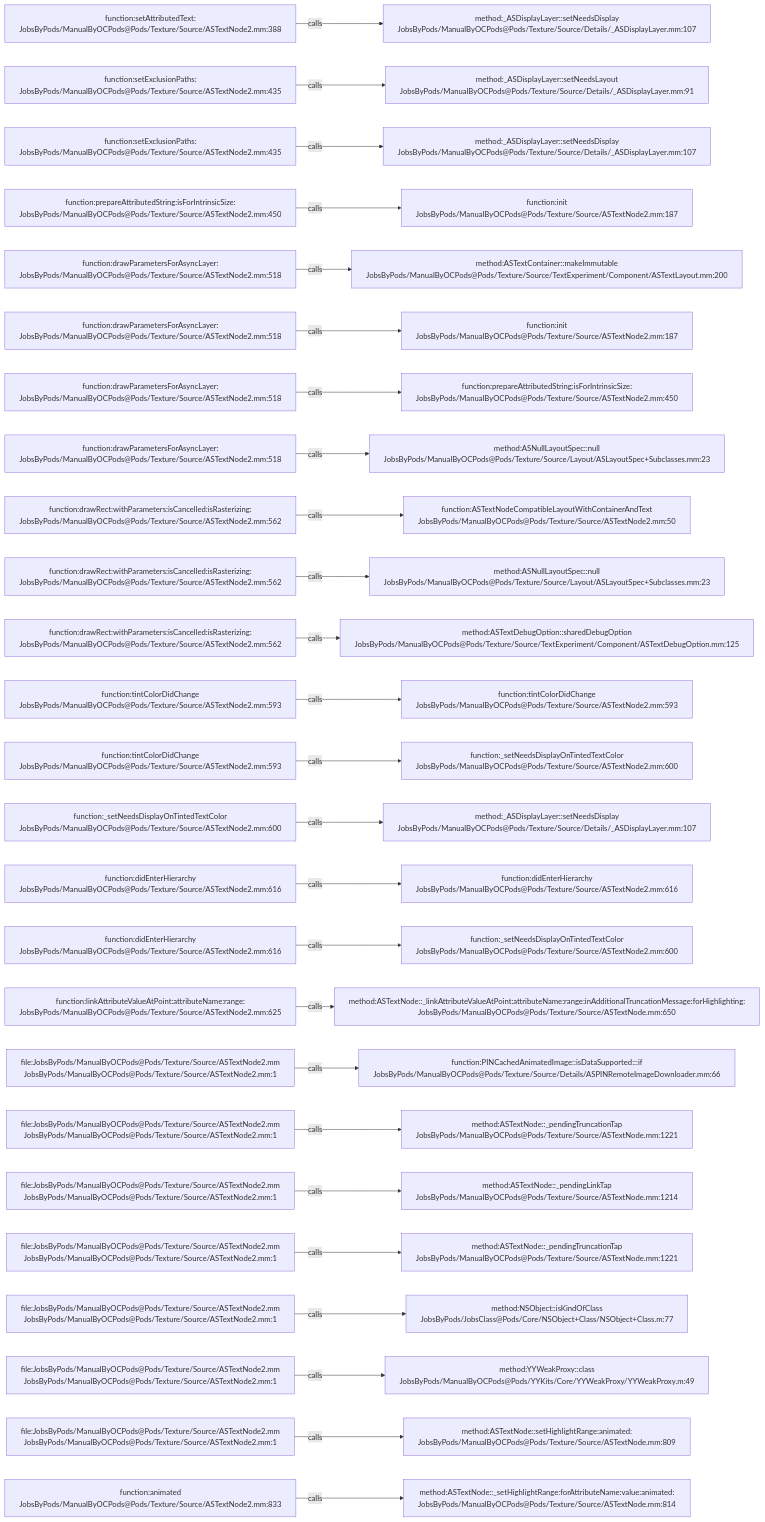
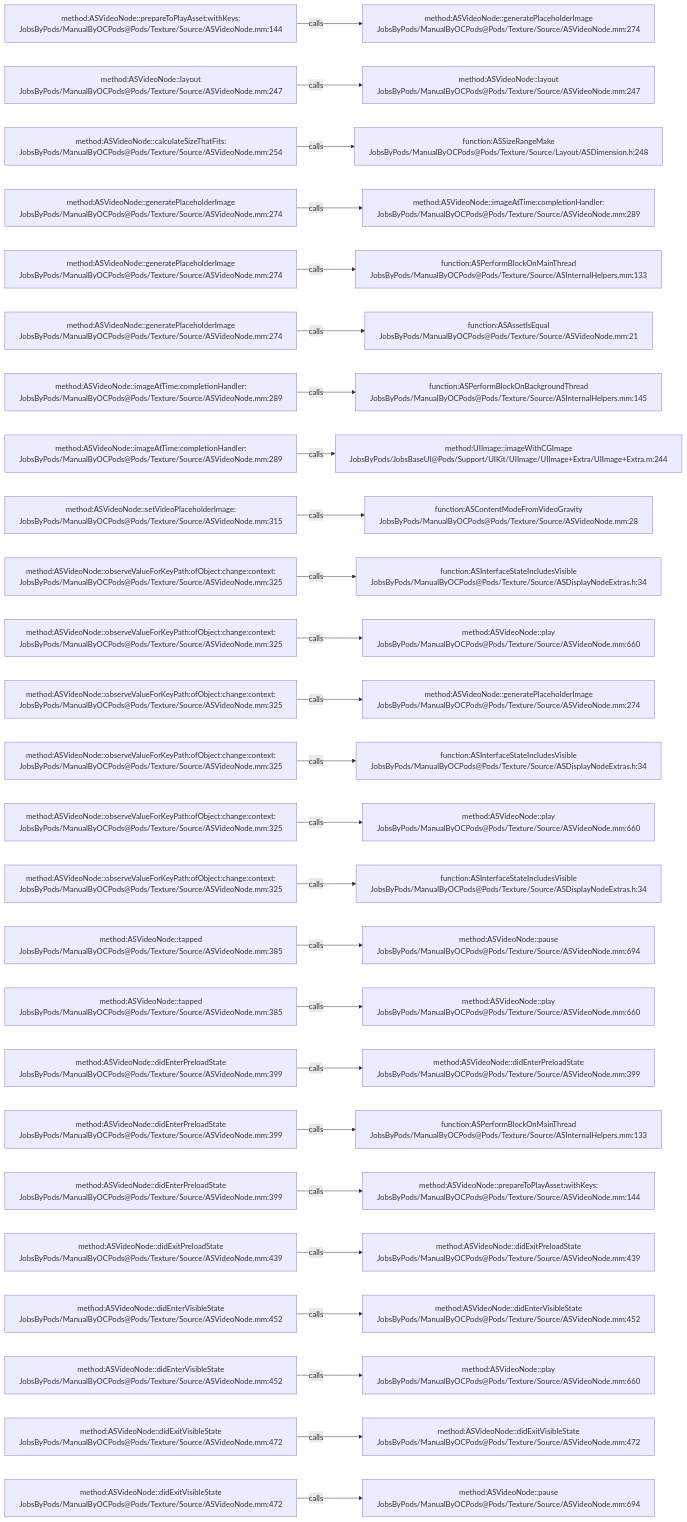
Before and after one commit to JobsKits/JobsOCBaseConfigDemo: the diagram in .codegraph/codegraph.md/graphs/calls-141.md, drawn with Mermaid. The commit also changed 1353 other files, not shown here.

````diff
--- a/.codegraph/codegraph.md/graphs/calls-141.md
+++ b/.codegraph/codegraph.md/graphs/calls-141.md
@@ -13,78 +13,78 @@
 ```mermaid
 flowchart LR
-  S1["function:setAttributedText:<br/>JobsByPods/ManualByOCPods@Pods/Texture/Source/ASTextNode2.mm:388"]
-  T1["method:_ASDisplayLayer::setNeedsDisplay<br/>JobsByPods/ManualByOCPods@Pods/Texture/Source/Details/_ASDisplayLayer.mm:107"]
+  S1["method:ASVideoNode::prepareToPlayAsset:withKeys:<br/>JobsByPods/ManualByOCPods@Pods/Texture/Source/ASVideoNode.mm:144"]
+  T1["method:ASVideoNode::generatePlaceholderImage<br/>JobsByPods/ManualByOCPods@Pods/Texture/Source/ASVideoNode.mm:274"]
   S1 -->|calls| T1
-  S2["function:setExclusionPaths:<br/>JobsByPods/ManualByOCPods@Pods/Texture/Source/ASTextNode2.mm:435"]
-  T2["method:_ASDisplayLayer::setNeedsLayout<br/>JobsByPods/ManualByOCPods@Pods/Texture/Source/Details/_ASDisplayLayer.mm:91"]
+  S2["method:ASVideoNode::layout<br/>JobsByPods/ManualByOCPods@Pods/Texture/Source/ASVideoNode.mm:247"]
+  T2["method:ASVideoNode::layout<br/>JobsByPods/ManualByOCPods@Pods/Texture/Source/ASVideoNode.mm:247"]
   S2 -->|calls| T2
-  S3["function:setExclusionPaths:<br/>JobsByPods/ManualByOCPods@Pods/Texture/Source/ASTextNode2.mm:435"]
-  T3["method:_ASDisplayLayer::setNeedsDisplay<br/>JobsByPods/ManualByOCPods@Pods/Texture/Source/Details/_ASDisplayLayer.mm:107"]
+  S3["method:ASVideoNode::calculateSizeThatFits:<br/>JobsByPods/ManualByOCPods@Pods/Texture/Source/ASVideoNode.mm:254"]
+  T3["function:ASSizeRangeMake<br/>JobsByPods/ManualByOCPods@Pods/Texture/Source/Layout/ASDimension.h:248"]
   S3 -->|calls| T3
-  S4["function:prepareAttributedString:isForIntrinsicSize:<br/>JobsByPods/ManualByOCPods@Pods/Texture/Source/ASTextNode2.mm:450"]
-  T4["function:init<br/>JobsByPods/ManualByOCPods@Pods/Texture/Source/ASTextNode2.mm:187"]
+  S4["method:ASVideoNode::generatePlaceholderImage<br/>JobsByPods/ManualByOCPods@Pods/Texture/Source/ASVideoNode.mm:274"]
+  T4["method:ASVideoNode::imageAtTime:completionHandler:<br/>JobsByPods/ManualByOCPods@Pods/Texture/Source/ASVideoNode.mm:289"]
   S4 -->|calls| T4
-  S5["function:drawParametersForAsyncLayer:<br/>JobsByPods/ManualByOCPods@Pods/Texture/Source/ASTextNode2.mm:518"]
-  T5["method:ASTextContainer::makeImmutable<br/>JobsByPods/ManualByOCPods@Pods/Texture/Source/TextExperiment/Component/ASTextLayout.mm:200"]
+  S5["method:ASVideoNode::generatePlaceholderImage<br/>JobsByPods/ManualByOCPods@Pods/Texture/Source/ASVideoNode.mm:274"]
+  T5["function:ASPerformBlockOnMainThread<br/>JobsByPods/ManualByOCPods@Pods/Texture/Source/ASInternalHelpers.mm:133"]
   S5 -->|calls| T5
-  S6["function:drawParametersForAsyncLayer:<br/>JobsByPods/ManualByOCPods@Pods/Texture/Source/ASTextNode2.mm:518"]
-  T6["function:init<br/>JobsByPods/ManualByOCPods@Pods/Texture/Source/ASTextNode2.mm:187"]
+  S6["method:ASVideoNode::generatePlaceholderImage<br/>JobsByPods/ManualByOCPods@Pods/Texture/Source/ASVideoNode.mm:274"]
+  T6["function:ASAssetIsEqual<br/>JobsByPods/ManualByOCPods@Pods/Texture/Source/ASVideoNode.mm:21"]
   S6 -->|calls| T6
-  S7["function:drawParametersForAsyncLayer:<br/>JobsByPods/ManualByOCPods@Pods/Texture/Source/ASTextNode2.mm:518"]
-  T7["function:prepareAttributedString:isForIntrinsicSize:<br/>JobsByPods/ManualByOCPods@Pods/Texture/Source/ASTextNode2.mm:450"]
+  S7["method:ASVideoNode::imageAtTime:completionHandler:<br/>JobsByPods/ManualByOCPods@Pods/Texture/Source/ASVideoNode.mm:289"]
+  T7["function:ASPerformBlockOnBackgroundThread<br/>JobsByPods/ManualByOCPods@Pods/Texture/Source/ASInternalHelpers.mm:145"]
   S7 -->|calls| T7
-  S8["function:drawParametersForAsyncLayer:<br/>JobsByPods/ManualByOCPods@Pods/Texture/Source/ASTextNode2.mm:518"]
-  T8["method:ASNullLayoutSpec::null<br/>JobsByPods/ManualByOCPods@Pods/Texture/Source/Layout/ASLayoutSpec+Subclasses.mm:23"]
+  S8["method:ASVideoNode::imageAtTime:completionHandler:<br/>JobsByPods/ManualByOCPods@Pods/Texture/Source/ASVideoNode.mm:289"]
+  T8["method:UIImage::imageWithCGImage<br/>JobsByPods/JobsBaseUI@Pods/Support/UIKit/UIImage/UIImage+Extra/UIImage+Extra.m:244"]
   S8 -->|calls| T8
-  S9["function:drawRect:withParameters:isCancelled:isRasterizing:<br/>JobsByPods/ManualByOCPods@Pods/Texture/Source/ASTextNode2.mm:562"]
-  T9["function:ASTextNodeCompatibleLayoutWithContainerAndText<br/>JobsByPods/ManualByOCPods@Pods/Texture/Source/ASTextNode2.mm:50"]
+  S9["method:ASVideoNode::setVideoPlaceholderImage:<br/>JobsByPods/ManualByOCPods@Pods/Texture/Source/ASVideoNode.mm:315"]
+  T9["function:ASContentModeFromVideoGravity<br/>JobsByPods/ManualByOCPods@Pods/Texture/Source/ASVideoNode.mm:28"]
   S9 -->|calls| T9
-  S10["function:drawRect:withParameters:isCancelled:isRasterizing:<br/>JobsByPods/ManualByOCPods@Pods/Texture/Source/ASTextNode2.mm:562"]
-  T10["method:ASNullLayoutSpec::null<br/>JobsByPods/ManualByOCPods@Pods/Texture/Source/Layout/ASLayoutSpec+Subclasses.mm:23"]
+  S10["method:ASVideoNode::observeValueForKeyPath:ofObject:change:context:<br/>JobsByPods/ManualByOCPods@Pods/Texture/Source/ASVideoNode.mm:325"]
+  T10["function:ASInterfaceStateIncludesVisible<br/>JobsByPods/ManualByOCPods@Pods/Texture/Source/ASDisplayNodeExtras.h:34"]
   S10 -->|calls| T10
-  S11["function:drawRect:withParameters:isCancelled:isRasterizing:<br/>JobsByPods/ManualByOCPods@Pods/Texture/Source/ASTextNode2.mm:562"]
-  T11["method:ASTextDebugOption::sharedDebugOption<br/>JobsByPods/ManualByOCPods@Pods/Texture/Source/TextExperiment/Component/ASTextDebugOption.mm:125"]
+  S11["method:ASVideoNode::observeValueForKeyPath:ofObject:change:context:<br/>JobsByPods/ManualByOCPods@Pods/Texture/Source/ASVideoNode.mm:325"]
+  T11["method:ASVideoNode::play<br/>JobsByPods/ManualByOCPods@Pods/Texture/Source/ASVideoNode.mm:660"]
   S11 -->|calls| T11
-  S12["function:tintColorDidChange<br/>JobsByPods/ManualByOCPods@Pods/Texture/Source/ASTextNode2.mm:593"]
-  T12["function:tintColorDidChange<br/>JobsByPods/ManualByOCPods@Pods/Texture/Source/ASTextNode2.mm:593"]
+  S12["method:ASVideoNode::observeValueForKeyPath:ofObject:change:context:<br/>JobsByPods/ManualByOCPods@Pods/Texture/Source/ASVideoNode.mm:325"]
+  T12["method:ASVideoNode::generatePlaceholderImage<br/>JobsByPods/ManualByOCPods@Pods/Texture/Source/ASVideoNode.mm:274"]
   S12 -->|calls| T12
-  S13["function:tintColorDidChange<br/>JobsByPods/ManualByOCPods@Pods/Texture/Source/ASTextNode2.mm:593"]
-  T13["function:_setNeedsDisplayOnTintedTextColor<br/>JobsByPods/ManualByOCPods@Pods/Texture/Source/ASTextNode2.mm:600"]
+  S13["method:ASVideoNode::observeValueForKeyPath:ofObject:change:context:<br/>JobsByPods/ManualByOCPods@Pods/Texture/Source/ASVideoNode.mm:325"]
+  T13["function:ASInterfaceStateIncludesVisible<br/>JobsByPods/ManualByOCPods@Pods/Texture/Source/ASDisplayNodeExtras.h:34"]
   S13 -->|calls| T13
-  S14["function:_setNeedsDisplayOnTintedTextColor<br/>JobsByPods/ManualByOCPods@Pods/Texture/Source/ASTextNode2.mm:600"]
-  T14["method:_ASDisplayLayer::setNeedsDisplay<br/>JobsByPods/ManualByOCPods@Pods/Texture/Source/Details/_ASDisplayLayer.mm:107"]
+  S14["method:ASVideoNode::observeValueForKeyPath:ofObject:change:context:<br/>JobsByPods/ManualByOCPods@Pods/Texture/Source/ASVideoNode.mm:325"]
+  T14["method:ASVideoNode::play<br/>JobsByPods/ManualByOCPods@Pods/Texture/Source/ASVideoNode.mm:660"]
   S14 -->|calls| T14
-  S15["function:didEnterHierarchy<br/>JobsByPods/ManualByOCPods@Pods/Texture/Source/ASTextNode2.mm:616"]
-  T15["function:didEnterHierarchy<br/>JobsByPods/ManualByOCPods@Pods/Texture/Source/ASTextNode2.mm:616"]
+  S15["method:ASVideoNode::observeValueForKeyPath:ofObject:change:context:<br/>JobsByPods/ManualByOCPods@Pods/Texture/Source/ASVideoNode.mm:325"]
+  T15["function:ASInterfaceStateIncludesVisible<br/>JobsByPods/ManualByOCPods@Pods/Texture/Source/ASDisplayNodeExtras.h:34"]
   S15 -->|calls| T15
-  S16["function:didEnterHierarchy<br/>JobsByPods/ManualByOCPods@Pods/Texture/Source/ASTextNode2.mm:616"]
-  T16["function:_setNeedsDisplayOnTintedTextColor<br/>JobsByPods/ManualByOCPods@Pods/Texture/Source/ASTextNode2.mm:600"]
+  S16["method:ASVideoNode::tapped<br/>JobsByPods/ManualByOCPods@Pods/Texture/Source/ASVideoNode.mm:385"]
+  T16["method:ASVideoNode::pause<br/>JobsByPods/ManualByOCPods@Pods/Texture/Source/ASVideoNode.mm:694"]
   S16 -->|calls| T16
-  S17["function:linkAttributeValueAtPoint:attributeName:range:<br/>JobsByPods/ManualByOCPods@Pods/Texture/Source/ASTextNode2.mm:625"]
-  T17["method:ASTextNode::_linkAttributeValueAtPoint:attributeName:range:inAdditionalTruncationMessage:forHighlighting:<br/>JobsByPods/ManualByOCPods@Pods/Texture/Source/ASTextNode.mm:650"]
+  S17["method:ASVideoNode::tapped<br/>JobsByPods/ManualByOCPods@Pods/Texture/Source/ASVideoNode.mm:385"]
+  T17["method:ASVideoNode::play<br/>JobsByPods/ManualByOCPods@Pods/Texture/Source/ASVideoNode.mm:660"]
   S17 -->|calls| T17
-  S18["file:JobsByPods/ManualByOCPods@Pods/Texture/Source/ASTextNode2.mm<br/>JobsByPods/ManualByOCPods@Pods/Texture/Source/ASTextNode2.mm:1"]
-  T18["function:PINCachedAnimatedImage::isDataSupported:::if<br/>JobsByPods/ManualByOCPods@Pods/Texture/Source/Details/ASPINRemoteImageDownloader.mm:66"]
+  S18["method:ASVideoNode::didEnterPreloadState<br/>JobsByPods/ManualByOCPods@Pods/Texture/Source/ASVideoNode.mm:399"]
+  T18["method:ASVideoNode::didEnterPreloadState<br/>JobsByPods/ManualByOCPods@Pods/Texture/Source/ASVideoNode.mm:399"]
   S18 -->|calls| T18
-  S19["file:JobsByPods/ManualByOCPods@Pods/Texture/Source/ASTextNode2.mm<br/>JobsByPods/ManualByOCPods@Pods/Texture/Source/ASTextNode2.mm:1"]
-  T19["method:ASTextNode::_pendingTruncationTap<br/>JobsByPods/ManualByOCPods@Pods/Texture/Source/ASTextNode.mm:1221"]
+  S19["method:ASVideoNode::didEnterPreloadState<br/>JobsByPods/ManualByOCPods@Pods/Texture/Source/ASVideoNode.mm:399"]
+  T19["function:ASPerformBlockOnMainThread<br/>JobsByPods/ManualByOCPods@Pods/Texture/Source/ASInternalHelpers.mm:133"]
   S19 -->|calls| T19
-  S20["file:JobsByPods/ManualByOCPods@Pods/Texture/Source/ASTextNode2.mm<br/>JobsByPods/ManualByOCPods@Pods/Texture/Source/ASTextNode2.mm:1"]
-  T20["method:ASTextNode::_pendingLinkTap<br/>JobsByPods/ManualByOCPods@Pods/Texture/Source/ASTextNode.mm:1214"]
+  S20["method:ASVideoNode::didEnterPreloadState<br/>JobsByPods/ManualByOCPods@Pods/Texture/Source/ASVideoNode.mm:399"]
+  T20["method:ASVideoNode::prepareToPlayAsset:withKeys:<br/>JobsByPods/ManualByOCPods@Pods/Texture/Source/ASVideoNode.mm:144"]
   S20 -->|calls| T20
-  S21["file:JobsByPods/ManualByOCPods@Pods/Texture/Source/ASTextNode2.mm<br/>JobsByPods/ManualByOCPods@Pods/Texture/Source/ASTextNode2.mm:1"]
-  T21["method:ASTextNode::_pendingTruncationTap<br/>JobsByPods/ManualByOCPods@Pods/Texture/Source/ASTextNode.mm:1221"]
+  S21["method:ASVideoNode::didExitPreloadState<br/>JobsByPods/ManualByOCPods@Pods/Texture/Source/ASVideoNode.mm:439"]
+  T21["method:ASVideoNode::didExitPreloadState<br/>JobsByPods/ManualByOCPods@Pods/Texture/Source/ASVideoNode.mm:439"]
   S21 -->|calls| T21
-  S22["file:JobsByPods/ManualByOCPods@Pods/Texture/Source/ASTextNode2.mm<br/>JobsByPods/ManualByOCPods@Pods/Texture/Source/ASTextNode2.mm:1"]
-  T22["method:NSObject::isKindOfClass<br/>JobsByPods/JobsClass@Pods/Core/NSObject+Class/NSObject+Class.m:77"]
+  S22["method:ASVideoNode::didEnterVisibleState<br/>JobsByPods/ManualByOCPods@Pods/Texture/Source/ASVideoNode.mm:452"]
+  T22["method:ASVideoNode::didEnterVisibleState<br/>JobsByPods/ManualByOCPods@Pods/Texture/Source/ASVideoNode.mm:452"]
   S22 -->|calls| T22
-  S23["file:JobsByPods/ManualByOCPods@Pods/Texture/Source/ASTextNode2.mm<br/>JobsByPods/ManualByOCPods@Pods/Texture/Source/ASTextNode2.mm:1"]
-  T23["method:YYWeakProxy::class<br/>JobsByPods/ManualByOCPods@Pods/YYKits/Core/YYWeakProxy/YYWeakProxy.m:49"]
+  S23["method:ASVideoNode::didEnterVisibleState<br/>JobsByPods/ManualByOCPods@Pods/Texture/Source/ASVideoNode.mm:452"]
+  T23["method:ASVideoNode::play<br/>JobsByPods/ManualByOCPods@Pods/Texture/Source/ASVideoNode.mm:660"]
   S23 -->|calls| T23
-  S24["file:JobsByPods/ManualByOCPods@Pods/Texture/Source/ASTextNode2.mm<br/>JobsByPods/ManualByOCPods@Pods/Texture/Source/ASTextNode2.mm:1"]
-  T24["method:ASTextNode::setHighlightRange:animated:<br/>JobsByPods/ManualByOCPods@Pods/Texture/Source/ASTextNode.mm:809"]
+  S24["method:ASVideoNode::didExitVisibleState<br/>JobsByPods/ManualByOCPods@Pods/Texture/Source/ASVideoNode.mm:472"]
+  T24["method:ASVideoNode::didExitVisibleState<br/>JobsByPods/ManualByOCPods@Pods/Texture/Source/ASVideoNode.mm:472"]
   S24 -->|calls| T24
-  S25["function:animated<br/>JobsByPods/ManualByOCPods@Pods/Texture/Source/ASTextNode2.mm:833"]
-  T25["method:ASTextNode::_setHighlightRange:forAttributeName:value:animated:<br/>JobsByPods/ManualByOCPods@Pods/Texture/Source/ASTextNode.mm:814"]
+  S25["method:ASVideoNode::didExitVisibleState<br/>JobsByPods/ManualByOCPods@Pods/Texture/Source/ASVideoNode.mm:472"]
+  T25["method:ASVideoNode::pause<br/>JobsByPods/ManualByOCPods@Pods/Texture/Source/ASVideoNode.mm:694"]
   S25 -->|calls| T25
 ```
````
